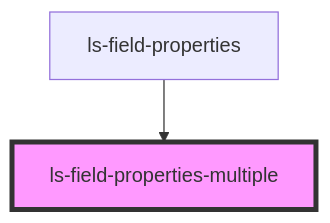
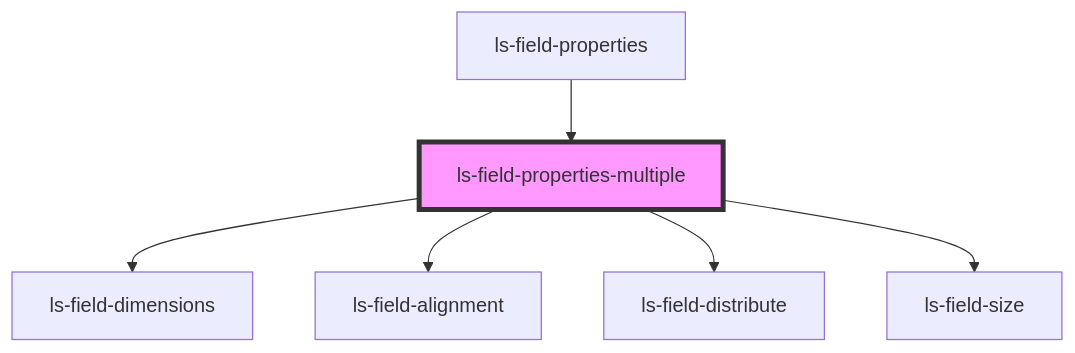
The diagram in src/components/ls-field-properties-multiple/readme.md (legalesign/ls-document-viewer), drawn with Mermaid before and after one commit. The commit also changed other lines of this file and 38 other files, not shown here.

````diff
--- a/src/components/ls-field-properties-multiple/readme.md
+++ b/src/components/ls-field-properties-multiple/readme.md
@@ -22,5 +29,9 @@
 ```mermaid
 graph TD;
+  ls-field-properties-multiple --> ls-field-dimensions
+  ls-field-properties-multiple --> ls-field-alignment
+  ls-field-properties-multiple --> ls-field-distribute
+  ls-field-properties-multiple --> ls-field-size
   ls-field-properties --> ls-field-properties-multiple
   style ls-field-properties-multiple fill:#f9f,stroke:#333,stroke-width:4px
 ```
````
